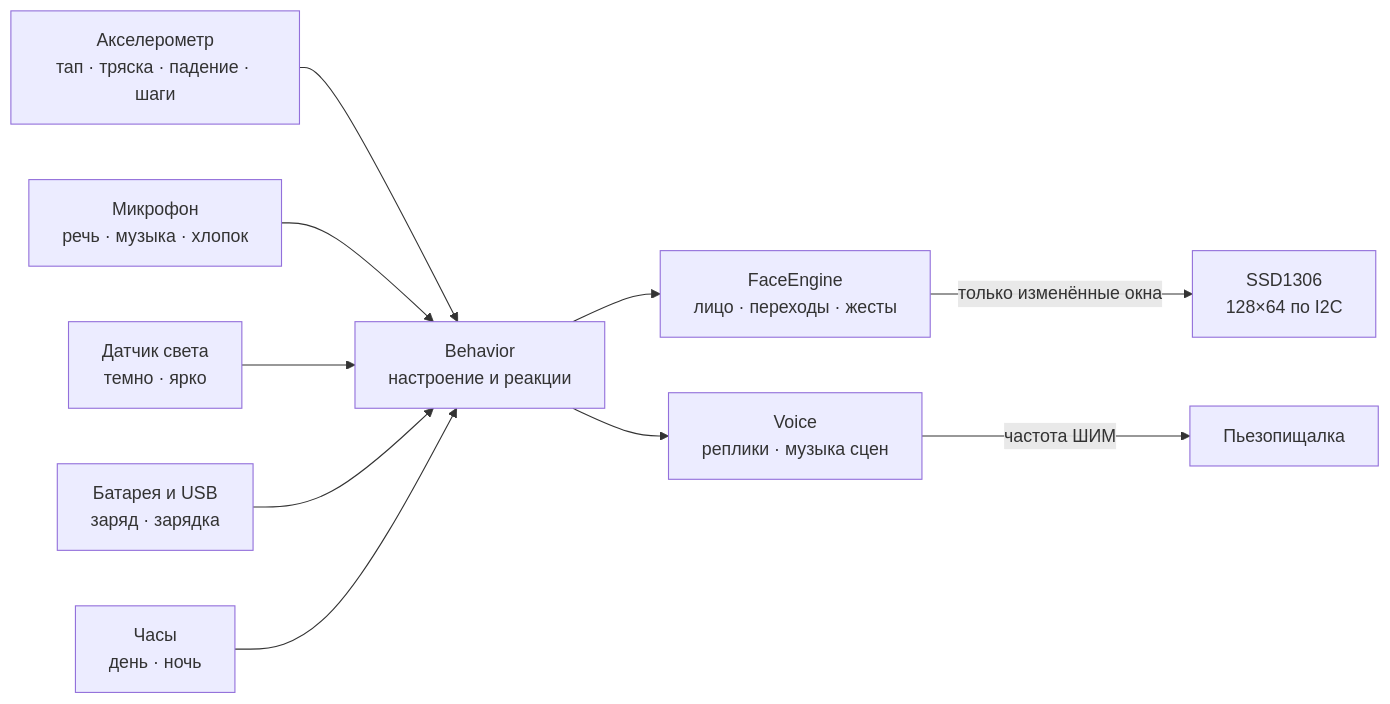
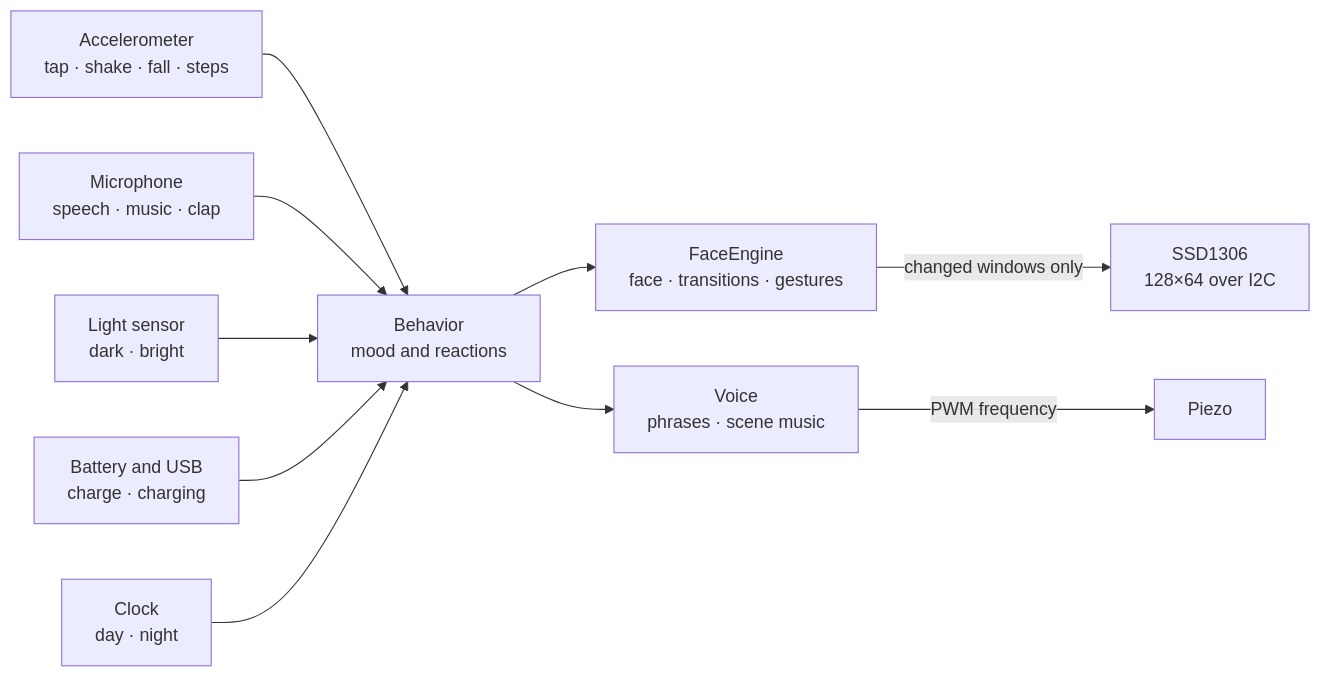
One commit to olerast67/emotion-keychain changed the diagram in README.md. Above: the diagram before and after it, drawn with Mermaid. The commit also changed other lines of this file and 20 other files, not shown here.

````diff
--- a/README.md
+++ b/README.md
@@ -47,12 +61,12 @@
 ```mermaid
 flowchart LR
-  IMU["Акселерометр<br/>тап · тряска · падение · шаги"] --> B
-  MIC["Микрофон<br/>речь · музыка · хлопок"] --> B
-  LUX["Датчик света<br/>темно · ярко"] --> B
-  PWR["Батарея и USB<br/>заряд · зарядка"] --> B
-  CLK["Часы<br/>день · ночь"] --> B
-  B["Behavior<br/>настроение и реакции"] --> E["FaceEngine<br/>лицо · переходы · жесты"]
-  E -- "только изменённые окна" --> D["SSD1306<br/>128×64 по I2C"]
-  B --> V["Voice<br/>реплики · музыка сцен"]
-  V -- "частота ШИМ" --> Z["Пьезопищалка"]
+  IMU["Accelerometer<br/>tap · shake · fall · steps"] --> B
+  MIC["Microphone<br/>speech · music · clap"] --> B
+  LUX["Light sensor<br/>dark · bright"] --> B
+  PWR["Battery and USB<br/>charge · charging"] --> B
+  CLK["Clock<br/>day · night"] --> B
+  B["Behavior<br/>mood and reactions"] --> E["FaceEngine<br/>face · transitions · gestures"]
+  E -- "changed windows only" --> D["SSD1306<br/>128×64 over I2C"]
+  B --> V["Voice<br/>phrases · scene music"]
+  V -- "PWM frequency" --> Z["Piezo"]
 ```
````
